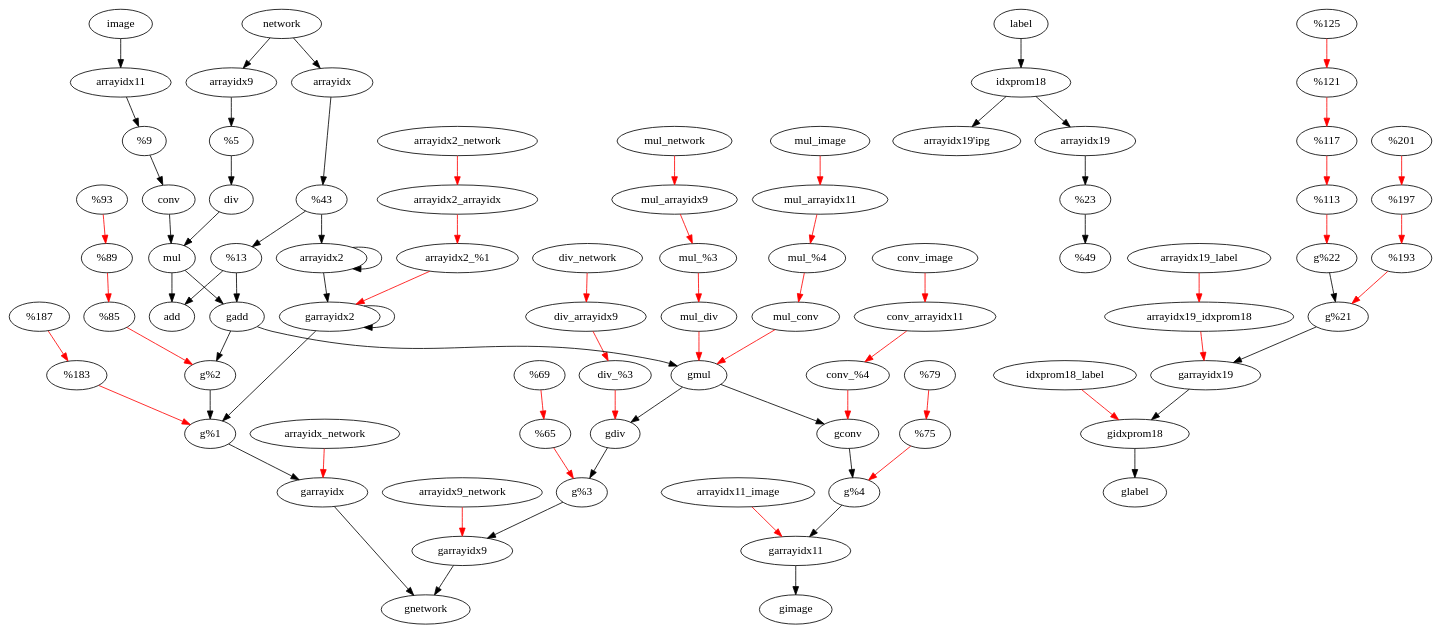
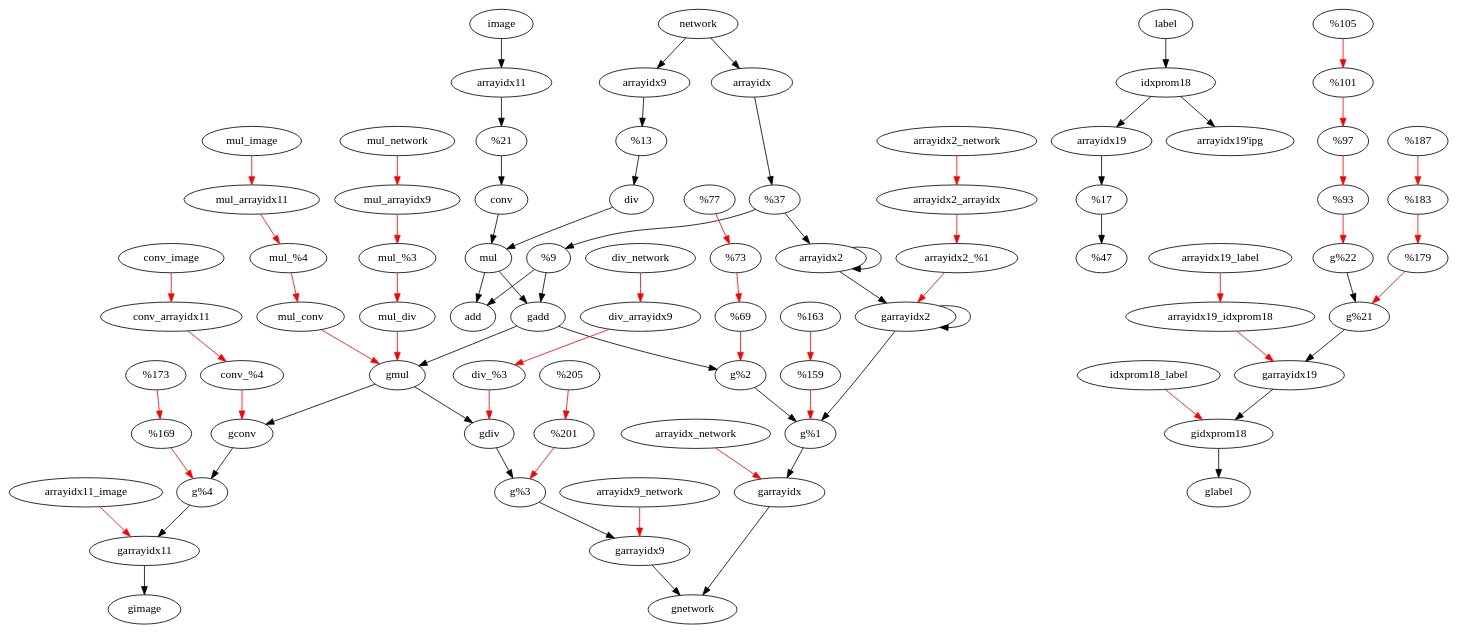
The diagram in enzyme/benchmarks/nn/recompute.dot (sfu-arch/Enzyme), drawn with Graphviz before and after one commit. The commit also changed other lines of this file and 40 other files, not shown here.

```diff
--- a/enzyme/benchmarks/nn/recompute.dot
+++ b/enzyme/benchmarks/nn/recompute.dot
@@ -1,87 +1,87 @@
 digraph G {
 	subgraph Forward {
 		"conv" -> "mul"
-		"%3" -> "div"
-		"%4" -> "conv"
+		"idxprom18" -> "arrayidx19"
+		"idxprom18" -> "arrayidx19'ipg"
 		"%2" -> "add"
 		"arrayidx9" -> "%3"
-		"idxprom18" -> "arrayidx19'ipg"
-		"idxprom18" -> "arrayidx19"
 		"arrayidx19" -> "%21"
-		"div" -> "mul"
-		"arrayidx2" -> "arrayidx2"
+		"arrayidx11" -> "%4"
 		"mul" -> "add"
 		"image" -> "arrayidx11"
+		"network" -> "arrayidx9"
 		"network" -> "arrayidx"
-		"network" -> "arrayidx9"
 		"label" -> "idxprom18"
-		"arrayidx11" -> "%4"
+		"arrayidx2" -> "arrayidx2"
+		"arrayidx" -> "%1"
 		"%1" -> "arrayidx2"
 		"%1" -> "%2"
+		"%4" -> "conv"
 		"%21" -> "%22"
-		"arrayidx" -> "%1"
+		"div" -> "mul"
+		"%3" -> "div"
 	}
 	subgraph Reverse {
 		"gconv" -> "g%4"
 		"conv_%4" -> "gconv"[color="red"]
 		"conv_arrayidx11" -> "conv_%4"[color="red"]
 		"conv_image" -> "conv_arrayidx11"[color="red"]
-		"g%3" -> "garrayidx9"
-		"%3_arrayidx9" -> "g%3"[color="red"]
-		"%3_network" -> "%3_arrayidx9"[color="red"]
-		"g%4" -> "garrayidx11"
-		"%4_arrayidx11" -> "g%4"[color="red"]
-		"%4_image" -> "%4_arrayidx11"[color="red"]
+		"gidxprom18" -> "glabel"
+		"idxprom18_label" -> "gidxprom18"[color="red"]
 		"g%2" -> "g%1"
 		"%2_%1" -> "g%2"[color="red"]
 		"%2_arrayidx" -> "%2_%1"[color="red"]
 		"%2_network" -> "%2_arrayidx"[color="red"]
 		"garrayidx9" -> "gnetwork"
 		"arrayidx9_network" -> "garrayidx9"[color="red"]
-		"gidxprom18" -> "glabel"
-		"idxprom18_label" -> "gidxprom18"[color="red"]
 		"garrayidx19" -> "gidxprom18"
 		"arrayidx19_idxprom18" -> "garrayidx19"[color="red"]
 		"arrayidx19_label" -> "arrayidx19_idxprom18"[color="red"]
 		"g%22" -> "g%21"
 		"%22_%21" -> "g%22"[color="red"]
 		"%22_arrayidx19" -> "%22_%21"[color="red"]
 		"%22_idxprom18" -> "%22_arrayidx19"[color="red"]
 		"%22_label" -> "%22_idxprom18"[color="red"]
-		"gdiv" -> "g%3"
-		"div_%3" -> "gdiv"[color="red"]
-		"div_arrayidx9" -> "div_%3"[color="red"]
-		"div_network" -> "div_arrayidx9"[color="red"]
-		"garrayidx2" -> "garrayidx2"
-		"arrayidx2" -> "garrayidx2"
-		"garrayidx2" -> "g%1"
-		"arrayidx2_%1" -> "garrayidx2"[color="red"]
-		"arrayidx2_arrayidx" -> "arrayidx2_%1"[color="red"]
-		"arrayidx2_network" -> "arrayidx2_arrayidx"[color="red"]
+		"gadd" -> "gmul"
+		"mul" -> "gadd"
+		"gadd" -> "g%2"
+		"%2" -> "gadd"
+		"garrayidx11" -> "gimage"
+		"arrayidx11_image" -> "garrayidx11"[color="red"]
 		"gmul" -> "gconv"
 		"mul_conv" -> "gmul"[color="red"]
 		"mul_%4" -> "mul_conv"[color="red"]
 		"mul_arrayidx11" -> "mul_%4"[color="red"]
 		"mul_image" -> "mul_arrayidx11"[color="red"]
 		"gmul" -> "gdiv"
 		"mul_div" -> "gmul"[color="red"]
 		"mul_%3" -> "mul_div"[color="red"]
 		"mul_arrayidx9" -> "mul_%3"[color="red"]
 		"mul_network" -> "mul_arrayidx9"[color="red"]
-		"gadd" -> "g%2"
-		"%2" -> "gadd"
-		"gadd" -> "gmul"
-		"mul" -> "gadd"
-		"garrayidx11" -> "gimage"
-		"arrayidx11_image" -> "garrayidx11"[color="red"]
+		"garrayidx2" -> "garrayidx2"
+		"arrayidx2" -> "garrayidx2"
+		"garrayidx2" -> "g%1"
+		"arrayidx2_%1" -> "garrayidx2"[color="red"]
+		"arrayidx2_arrayidx" -> "arrayidx2_%1"[color="red"]
+		"arrayidx2_network" -> "arrayidx2_arrayidx"[color="red"]
+		"garrayidx" -> "gnetwork"
+		"arrayidx_network" -> "garrayidx"[color="red"]
 		"g%1" -> "garrayidx"
 		"%1_arrayidx" -> "g%1"[color="red"]
 		"%1_network" -> "%1_arrayidx"[color="red"]
+		"g%4" -> "garrayidx11"
+		"%4_arrayidx11" -> "g%4"[color="red"]
+		"%4_image" -> "%4_arrayidx11"[color="red"]
 		"g%21" -> "garrayidx19"
 		"%21_arrayidx19" -> "g%21"[color="red"]
 		"%21_idxprom18" -> "%21_arrayidx19"[color="red"]
 		"%21_label" -> "%21_idxprom18"[color="red"]
-		"garrayidx" -> "gnetwork"
-		"arrayidx_network" -> "garrayidx"[color="red"]
+		"gdiv" -> "g%3"
+		"div_%3" -> "gdiv"[color="red"]
+		"div_arrayidx9" -> "div_%3"[color="red"]
+		"div_network" -> "div_arrayidx9"[color="red"]
+		"g%3" -> "garrayidx9"
+		"%3_arrayidx9" -> "g%3"[color="red"]
+		"%3_network" -> "%3_arrayidx9"[color="red"]
 	}
 }
```
